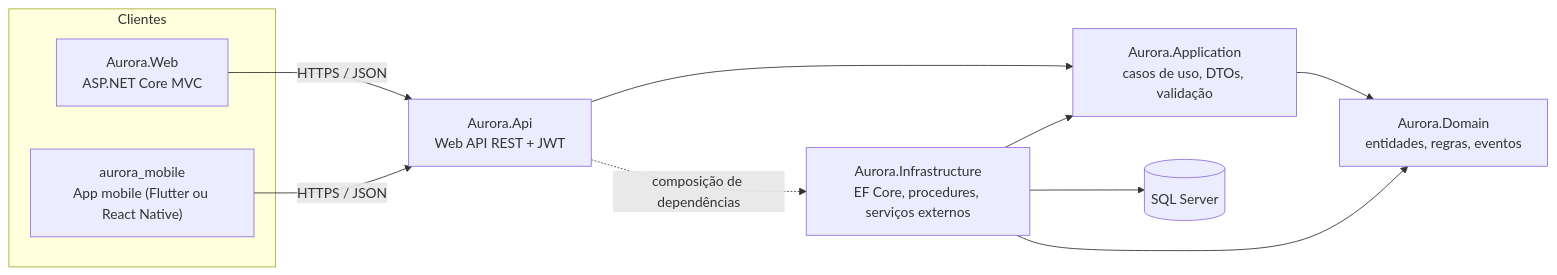
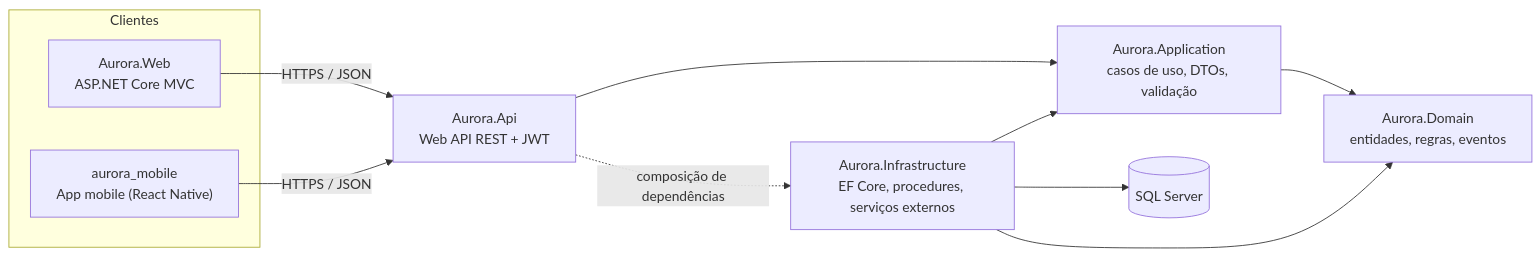
The first of 2 diagrams in docs/04-arquitetura.md (souz4diogo/aurora-cadeiras), drawn with Mermaid before and after one commit. The commit also changed other lines of this file and 9 other files, not shown here.

Commit message:
docs: registra a decisão do mobile (React Native com SQLite local, autorizado pelo professor)

````diff
--- a/docs/04-arquitetura.md
+++ b/docs/04-arquitetura.md
@@ -36,15 +36,15 @@
 ```mermaid
 flowchart LR
     subgraph Clientes
         Web["Aurora.Web<br/>ASP.NET Core MVC"]
-        Mobile["aurora_mobile<br/>App mobile (Flutter ou React Native)"]
+        Mobile["aurora_mobile<br/>App mobile (React Native)"]
     end
     Web -->|HTTPS / JSON| Api["Aurora.Api<br/>Web API REST + JWT"]
     Mobile -->|HTTPS / JSON| Api
     Api --> App["Aurora.Application<br/>casos de uso, DTOs, validação"]
     App --> Dom["Aurora.Domain<br/>entidades, regras, eventos"]
     Inf["Aurora.Infrastructure<br/>EF Core, procedures, serviços externos"] --> App
     Inf --> Dom
     Api -. composição de dependências .-> Inf
     Inf --> DB[("SQL Server")]
 ```
````
